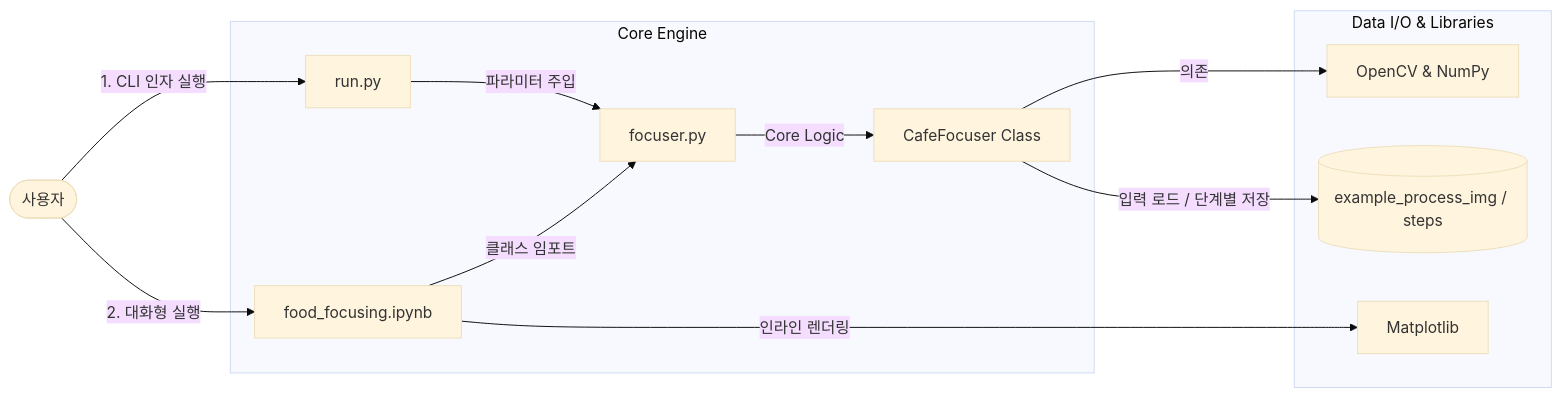
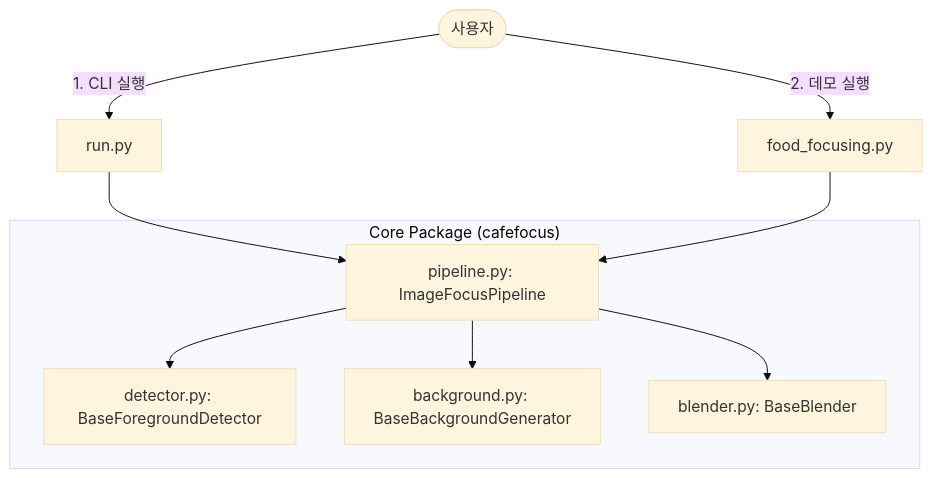
The diagram in README.md (Kim-jin-gwang/Cafe-Focusing), drawn with Mermaid (base theme) before and after one commit. The commit also changed other lines of this file and 12 other files, not shown here.

````diff
--- a/README.md
+++ b/README.md
@@ -52,17 +49,19 @@
 ```mermaid
-graph LR
-    User([사용자]) -->|1. CLI 인자 실행| Run[run.py]
-    User -->|2. 대화형 실행| NB[food_focusing.ipynb]
+graph TD
+    User([사용자]) -->|1. CLI 실행| Run[run.py]
+    User -->|2. 데모 실행| Demo[food_focusing.py]
     
-    subgraph Core Engine
-        Run -->|파라미터 주입| Focuser[focuser.py]
-        NB -->|클래스 임포트| Focuser
-        Focuser -->|Core Logic| CafeFocuser[CafeFocuser Class]
+    subgraph core_package ["Core Package (cafefocus)"]
+        Pipeline[pipeline.py: ImageFocusPipeline]
+        Detector[detector.py: BaseForegroundDetector]
+        Background[background.py: BaseBackgroundGenerator]
+        Blender[blender.py: BaseBlender]
+        
+        Pipeline --> Detector
+        Pipeline --> Background
+        Pipeline --> Blender
     end
-
-    subgraph Data I/O & Libraries
-        CafeFocuser -->|의존| CV[OpenCV & NumPy]
-        CafeFocuser -->|입력 로드 / 단계별 저장| ImgFolder[(example_process_img / steps)]
-        NB -->|인라인 렌더링| MP[Matplotlib]
-    end
+    
+    Run --> Pipeline
+    Demo --> Pipeline
 ```
````
